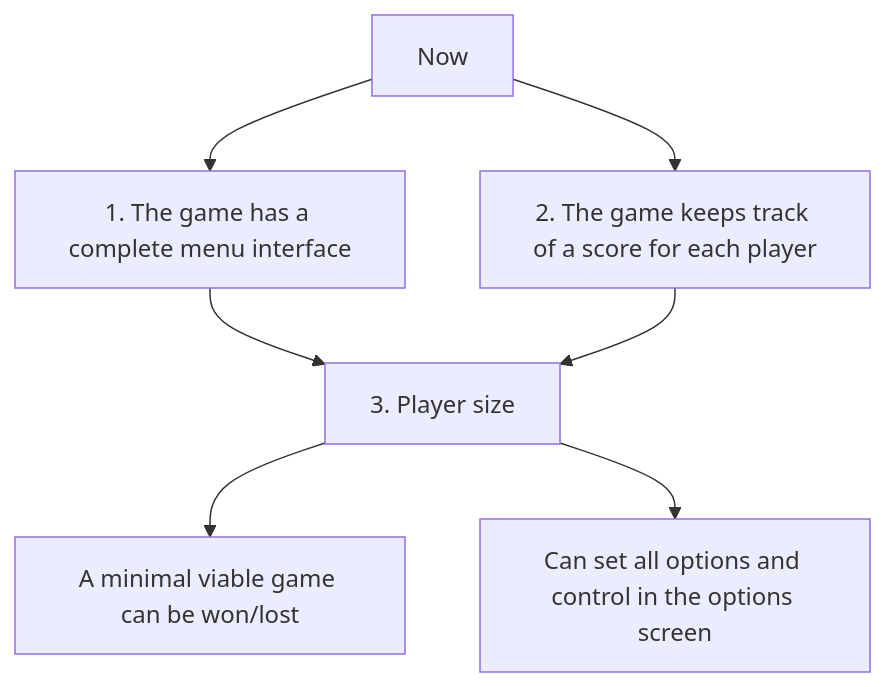
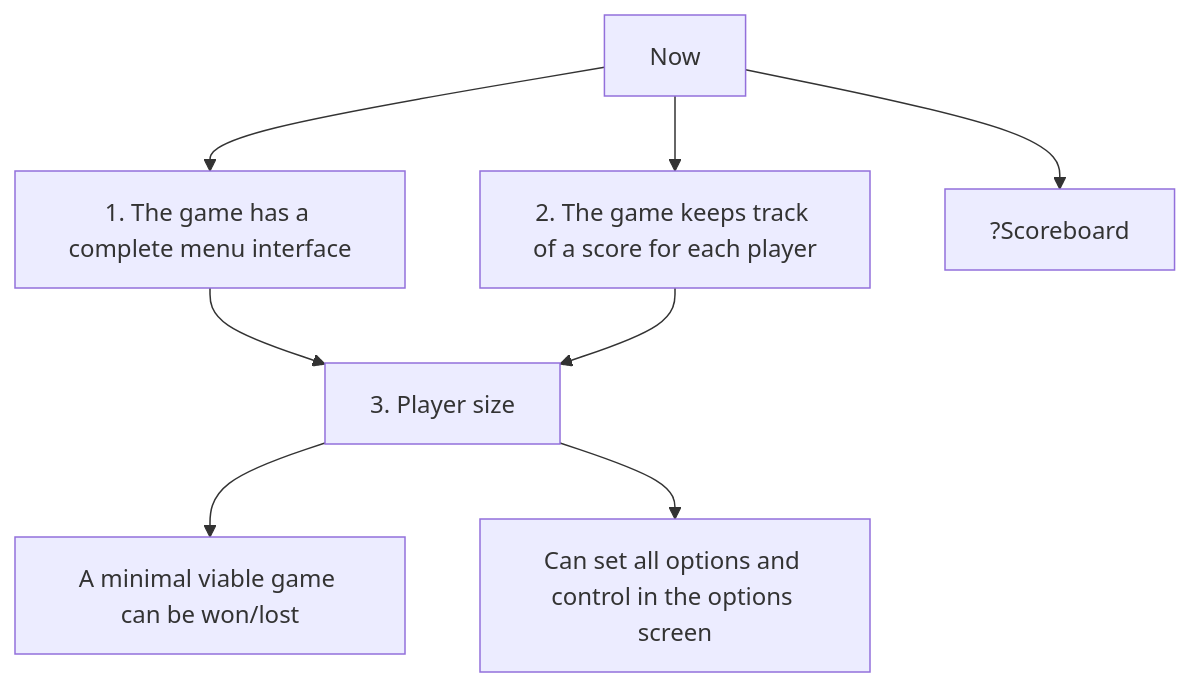
One commit to tresinformal/drakkar changed the diagram in doc/roadmap.md. Above: the diagram before and after it, drawn with Mermaid.

Commit message:
Unsure about scoreboard, as I have not seen it yet

````diff
--- a/doc/roadmap.md
+++ b/doc/roadmap.md
@@ -3,9 +3,10 @@
 ```mermaid
 graph TD;
     Now-->1[1. The game has a complete menu interface];
     Now-->2[2. The game keeps track of a score for each player]
+    Now-->9[?Scoreboard]
     1-->3[3. Player size]
     2-->3
     3-->4[A minimal viable game can be won/lost]
     3-->5[Can set all options and control in the options screen]
 ```
````
